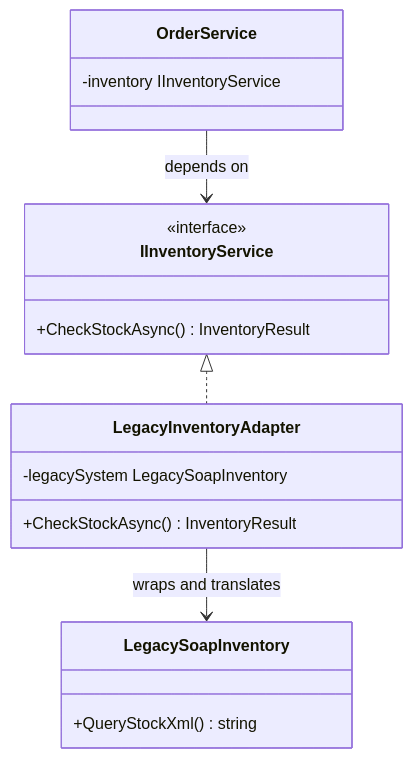
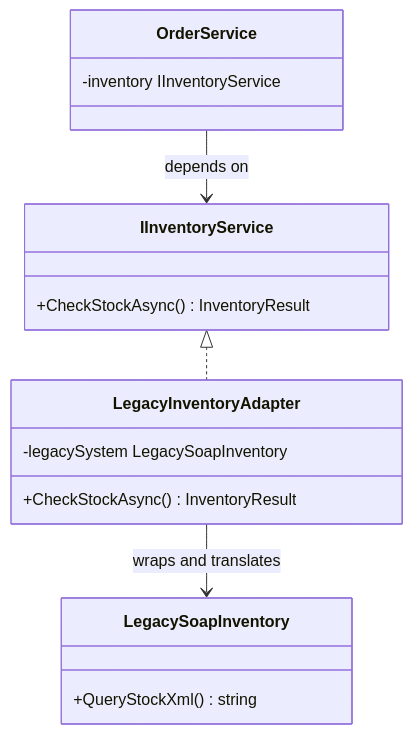
The diagram in Vault/Software Engineering/05 Architecture/Patterns/Design Patterns/Structural/Adapter.md (grafanaKibana/devbook.zip), drawn with Mermaid before and after one commit. The commit also changed 15 other files, not shown here.

````diff
--- a/Vault/Software Engineering/05 Architecture/Patterns/Design Patterns/Structural/Adapter.md
+++ b/Vault/Software Engineering/05 Architecture/Patterns/Design Patterns/Structural/Adapter.md
@@ -19,20 +19,20 @@
 ```mermaid
 classDiagram
     class IInventoryService {
-        <<interface>>
+
         +CheckStockAsync() InventoryResult
     }
     class LegacyInventoryAdapter {
         -legacySystem LegacySoapInventory
         +CheckStockAsync() InventoryResult
     }
     class LegacySoapInventory {
         +QueryStockXml() string
     }
     class OrderService {
         -inventory IInventoryService
     }
     IInventoryService <|.. LegacyInventoryAdapter
     LegacyInventoryAdapter --> LegacySoapInventory : wraps and translates
     OrderService --> IInventoryService : depends on
 ```
````
